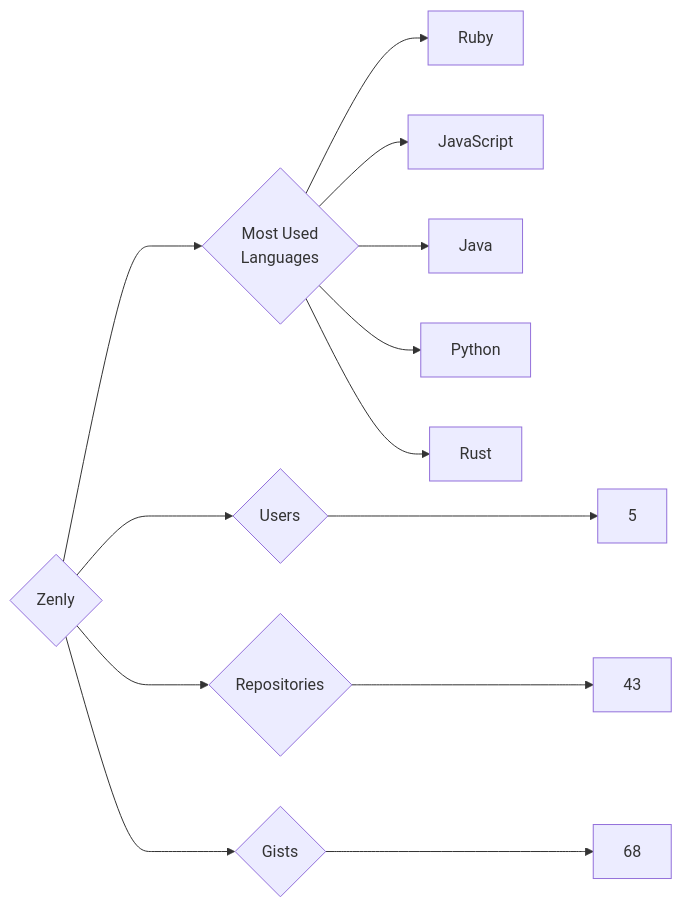
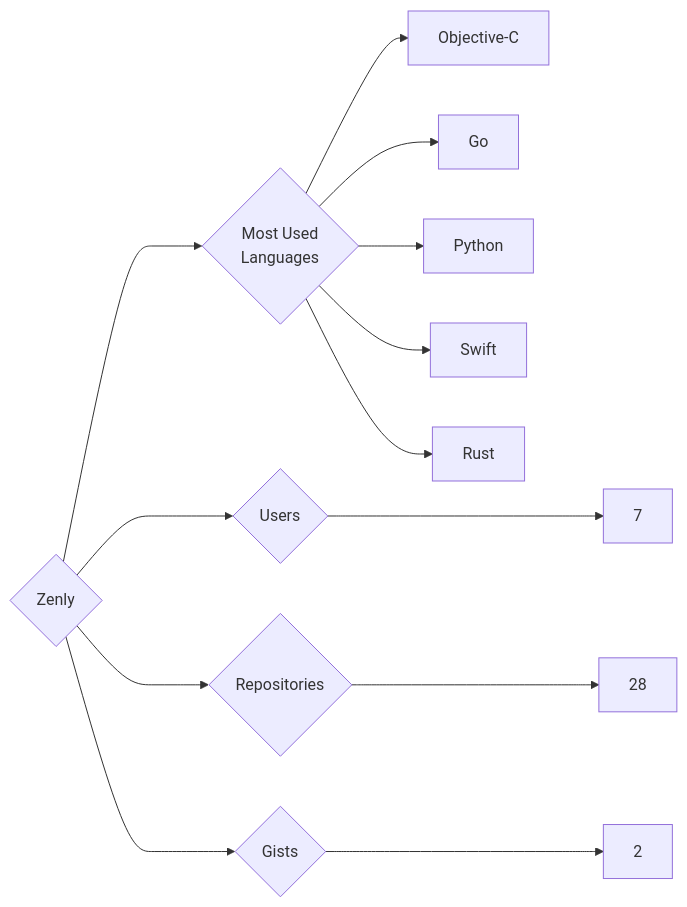
Before and after one commit to trickest/insiders: the diagram in targets/Zenly/README.md, drawn with Mermaid. The commit also changed 748 other files, not shown here.

````diff
--- a/targets/Zenly/README.md
+++ b/targets/Zenly/README.md
@@ -3,13 +3,13 @@
 ```mermaid
 graph LR
 COMPANY_NAME{Zenly}
-COMPANY_NAME ---> U{Users} ---> UN[5]
-COMPANY_NAME ---> R{Repositories} ---> RN[43]
-COMPANY_NAME ---> G{Gists} ---> GN[68]
+COMPANY_NAME ---> U{Users} ---> UN[7]
+COMPANY_NAME ---> R{Repositories} ---> RN[28]
+COMPANY_NAME ---> G{Gists} ---> GN[2]
 COMPANY_NAME ---> ML{Most Used<br>Languages}
-ML --> Ruby[Ruby]
-ML --> JavaScript[JavaScript]
-ML --> Java[Java]
+ML --> Objective-C[Objective-C]
+ML --> Go[Go]
 ML --> Python[Python]
+ML --> Swift[Swift]
 ML --> Rust[Rust]
 ```
````
